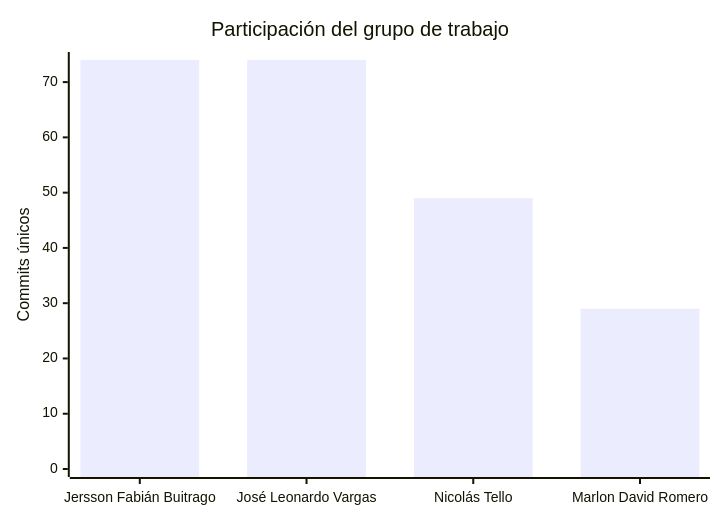
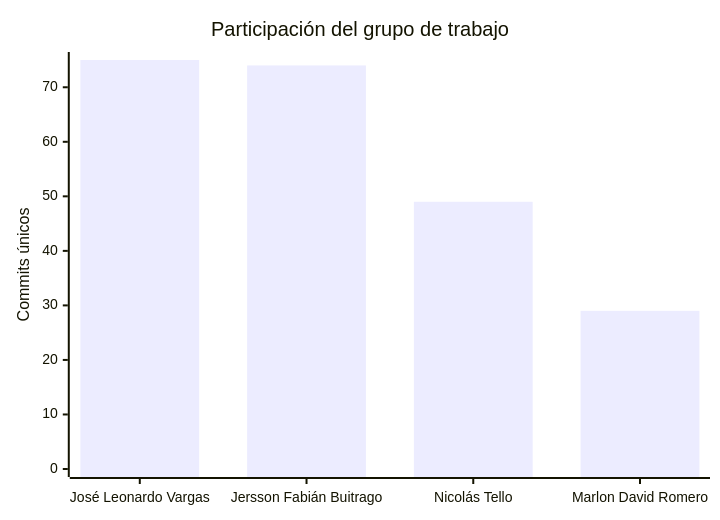
One commit to FarmaExpres/FarmaExpres changed the second of 2 diagrams in README.md. Above: the diagram before and after it, drawn with Mermaid. The commit also changed other lines of this file and 1 other file, not shown here.

````diff
--- a/README.md
+++ b/README.md
@@ -401,7 +401,7 @@
 ```mermaid
 xychart-beta
     title "Participación del grupo de trabajo"
-    x-axis ["Jersson Fabián Buitrago", "José Leonardo Vargas", "Nicolás Tello", "Marlon David Romero"]
-    y-axis "Commits únicos" 0 --> 74
-    bar [74, 74, 49, 29]
+    x-axis ["José Leonardo Vargas", "Jersson Fabián Buitrago", "Nicolás Tello", "Marlon David Romero"]
+    y-axis "Commits únicos" 0 --> 75
+    bar [75, 74, 49, 29]
 ```
````
